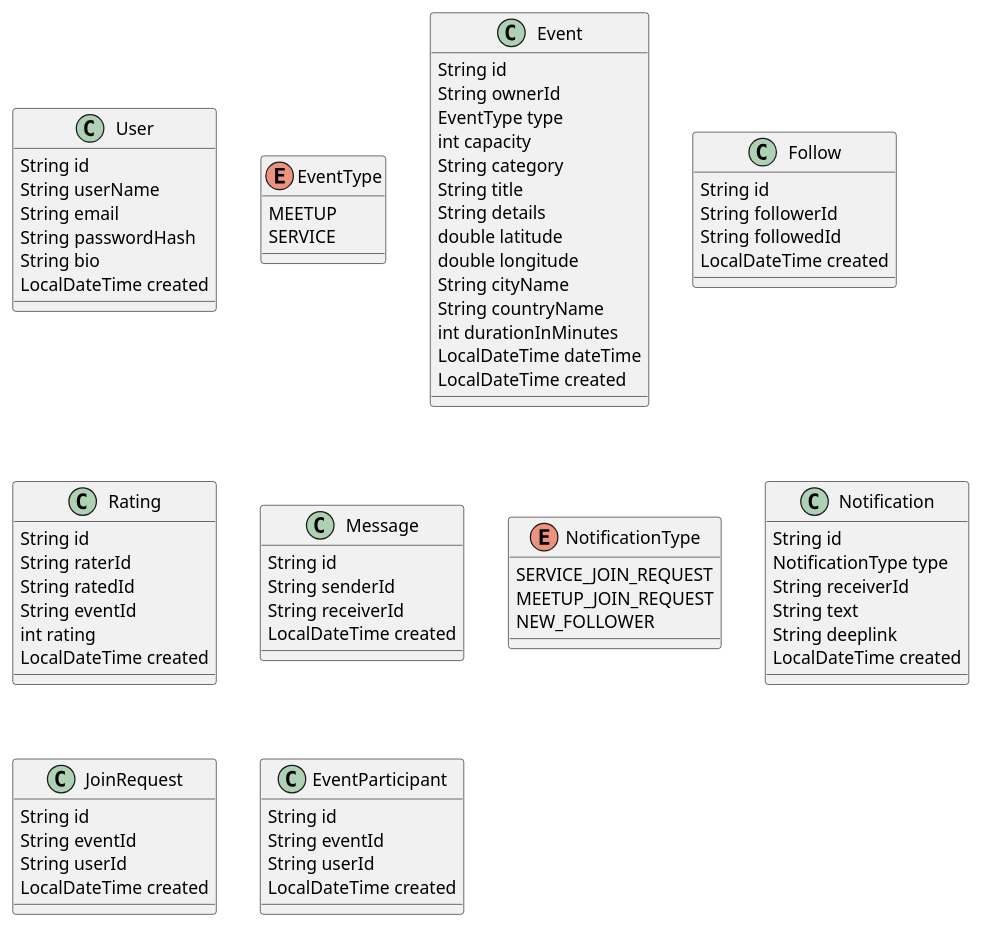
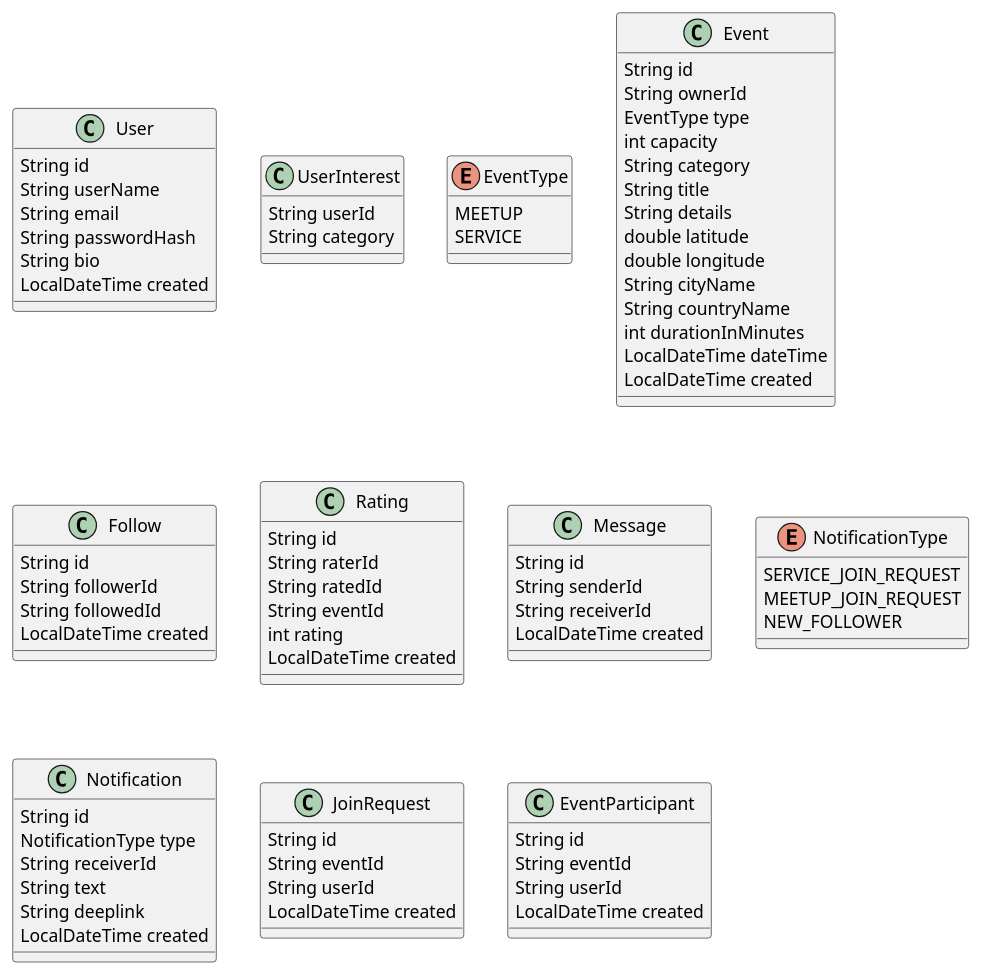
One commit to ETS-Android4/swe573 changed the diagram in diagrams/class.puml. Above: the diagram before and after it, drawn with PlantUML.

Commit message:
add UserInterest to the diagram

```diff
--- a/diagrams/class.puml
+++ b/diagrams/class.puml
@@ -1,85 +1,90 @@
 @startuml Class
 class User {
     String id
     String userName
     String email
     String passwordHash
     String bio
     LocalDateTime created
+}
+
+class UserInterest {
+    String userId
+    String category
 }
 
 enum EventType {
     MEETUP
     SERVICE
 }
 
 class Event {
     String id
     String ownerId
     EventType type
     int capacity
     String category
     String title
     String details
     double latitude
     double longitude
     String cityName
     String countryName
     int durationInMinutes
     LocalDateTime dateTime
     LocalDateTime created
 }
 
 class Follow {
     String id
     String followerId
     String followedId
     LocalDateTime created
 }
 
 class Rating {
     String id
     String raterId
     String ratedId
     String eventId
     int rating
     LocalDateTime created
 }
 
 class Message {
     String id
     String senderId
     String receiverId
     LocalDateTime created
 }
 
 enum NotificationType {
     SERVICE_JOIN_REQUEST
     MEETUP_JOIN_REQUEST
     NEW_FOLLOWER
 }
 
 class Notification {
     String id
     NotificationType type
     String receiverId
     String text
     String deeplink
     LocalDateTime created
 }
 
 class JoinRequest {
     String id
     String eventId
     String userId
     LocalDateTime created
 }
 
 class EventParticipant {
     String id
     String eventId
     String userId
     LocalDateTime created
 }
 
 @enduml
```
